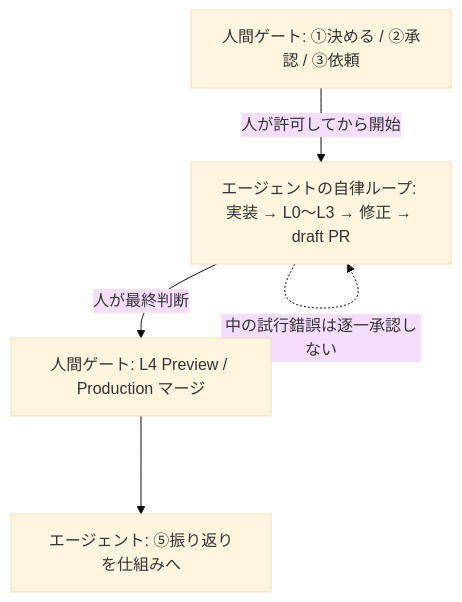
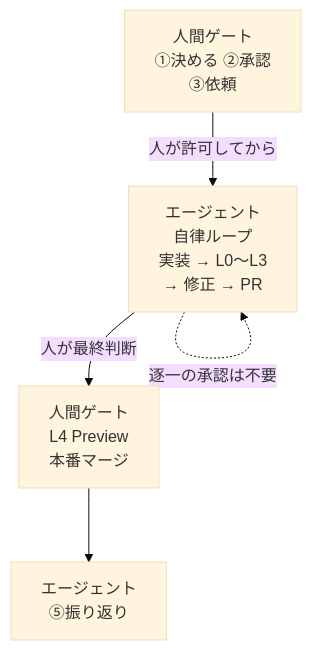
One commit to ike-gagagami97/my-recipe changed the second of 3 diagrams in docs/development/ai-dev-process-for-qa.md. Above: the diagram before and after it, drawn with Mermaid (base theme). The commit also changed other lines of this file and 2 other files, not shown here.

First line of the commit message:
docs: mermaid ラベルの GitHub 上での欠落を修正し、ルール化

````diff
--- a/docs/development/ai-dev-process-for-qa.md
+++ b/docs/development/ai-dev-process-for-qa.md
@@ -112,11 +112,11 @@
 ```mermaid
 flowchart TD
-  H1[人間ゲート: ①決める / ②承認 / ③依頼]
-  A1[エージェントの自律ループ: 実装 → L0〜L3 → 修正 → draft PR]
-  H2[人間ゲート: L4 Preview / Production マージ]
-  A2[エージェント: ⑤振り返りを仕組みへ]
-  H1 -->|人が許可してから開始| A1
+  H1["人間ゲート<br/>①決める ②承認<br/>③依頼"]
+  A1["エージェント<br/>自律ループ<br/>実装 → L0〜L3<br/>→ 修正 → PR"]
+  H2["人間ゲート<br/>L4 Preview<br/>本番マージ"]
+  A2["エージェント<br/>⑤振り返り"]
+  H1 -->|人が許可してから| A1
   A1 -->|人が最終判断| H2
   H2 --> A2
-  A1 -.->|中の試行錯誤は逐一承認しない| A1
+  A1 -.->|逐一の承認は不要| A1
 ```
````
